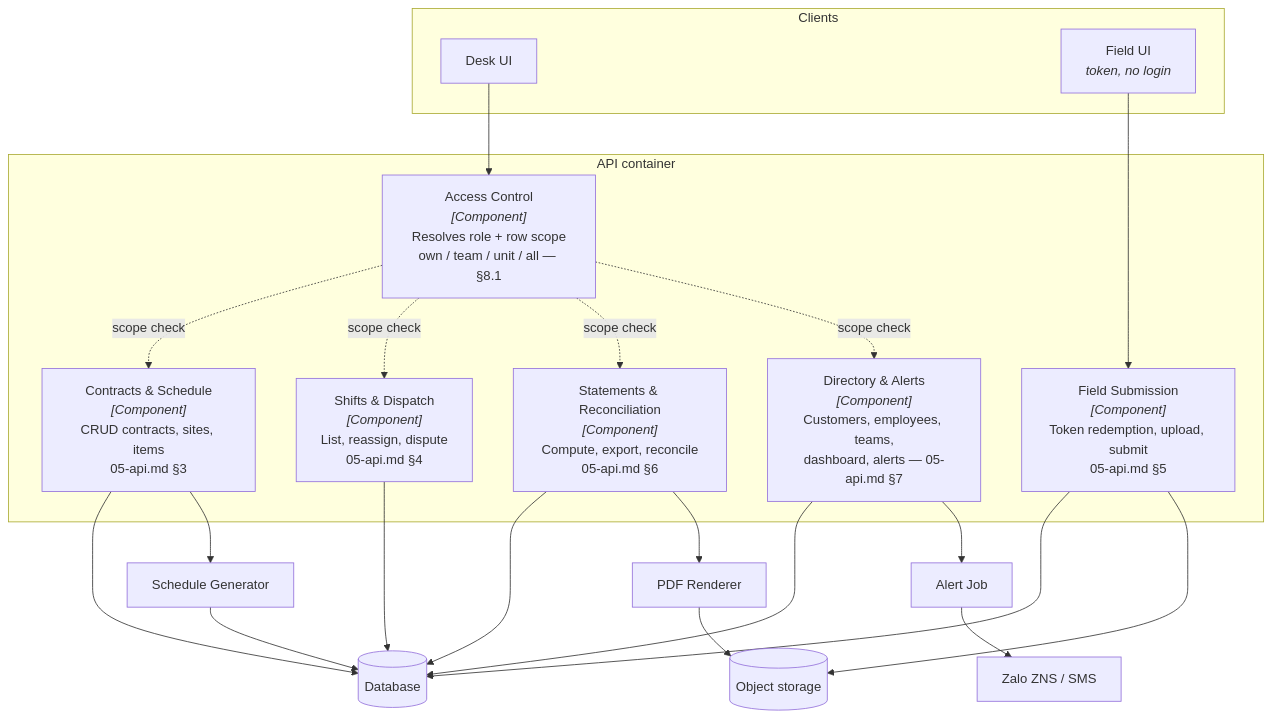
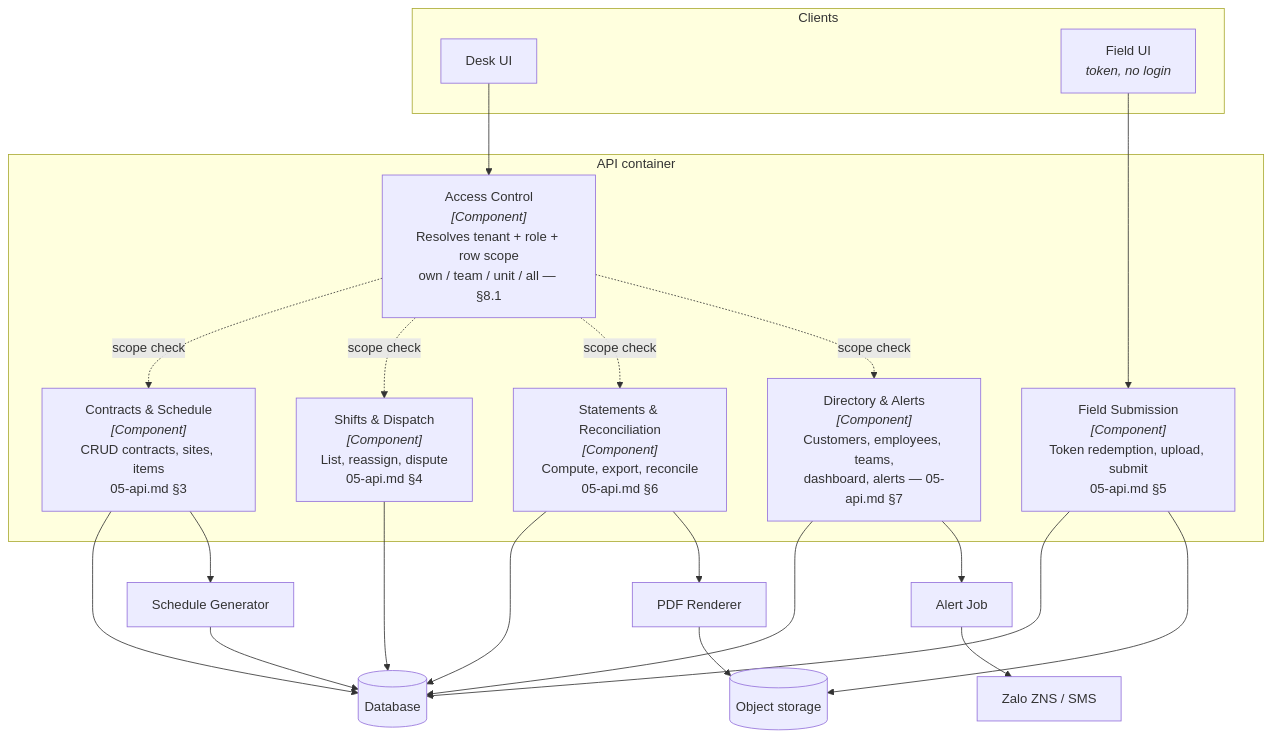
The third of 4 diagrams in docs/04-architecture.md (dDxCg/contrack), drawn with Mermaid before and after one commit. The commit also changed other lines of this file and 11 other files, not shown here.

````diff
--- a/docs/04-architecture.md
+++ b/docs/04-architecture.md
@@ -168,43 +175,43 @@
 ```mermaid
 flowchart TB
     subgraph clients["Clients"]
         desk_ui2["Desk UI"]
         field_ui2["Field UI<br/><i>token, no login</i>"]
     end
 
     subgraph apic["API container"]
-        auth["Access Control<br/><i>[Component]</i><br/>Resolves role + row scope<br/>own / team / unit / all — §8.1"]
+        auth["Access Control<br/><i>[Component]</i><br/>Resolves tenant + role + row scope<br/>own / team / unit / all — §8.1"]
         contracts["Contracts & Schedule<br/><i>[Component]</i><br/>CRUD contracts, sites, items<br/>05-api.md §3"]
         shifts["Shifts & Dispatch<br/><i>[Component]</i><br/>List, reassign, dispute<br/>05-api.md §4"]
         field["Field Submission<br/><i>[Component]</i><br/>Token redemption, upload, submit<br/>05-api.md §5"]
         statements["Statements & Reconciliation<br/><i>[Component]</i><br/>Compute, export, reconcile<br/>05-api.md §6"]
         directory["Directory & Alerts<br/><i>[Component]</i><br/>Customers, employees, teams,<br/>dashboard, alerts — 05-api.md §7"]
     end
 
     gen["Schedule Generator"]
     alertjob["Alert Job"]
     pdf["PDF Renderer"]
     db[("Database")]
     store[("Object storage")]
     channel["Zalo ZNS / SMS"]
 
     desk_ui2 --> auth
     field_ui2 --> field
     auth -.->|"scope check"| contracts
     auth -.->|"scope check"| shifts
     auth -.->|"scope check"| statements
     auth -.->|"scope check"| directory
 
     contracts --> db
     contracts --> gen
     gen --> db
     shifts --> db
     field --> db
     field --> store
     statements --> db
     statements --> pdf
     pdf --> store
     directory --> db
     directory --> alertjob
     alertjob --> channel
 ```
````
